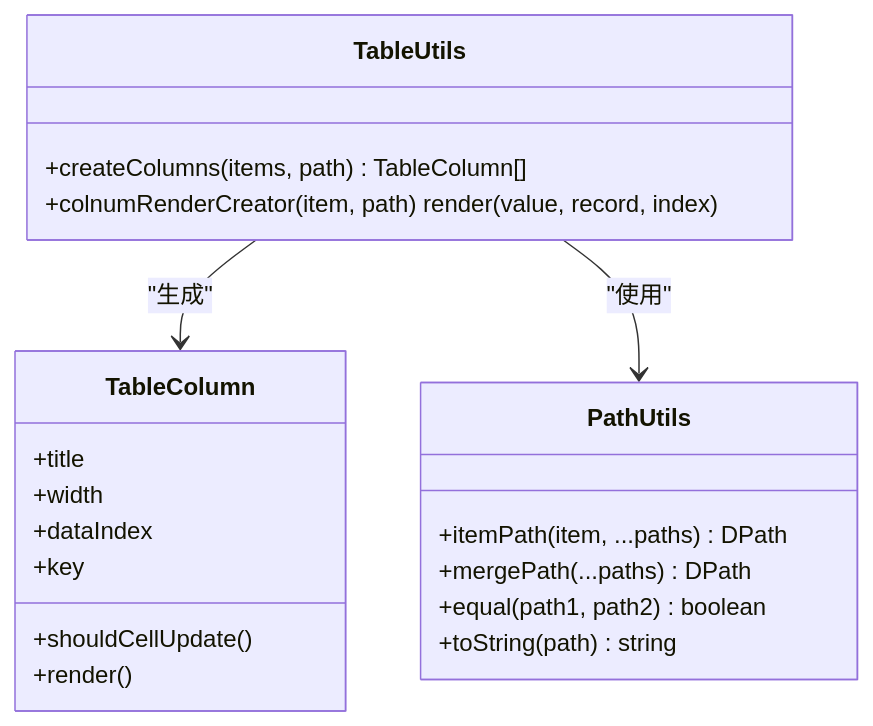
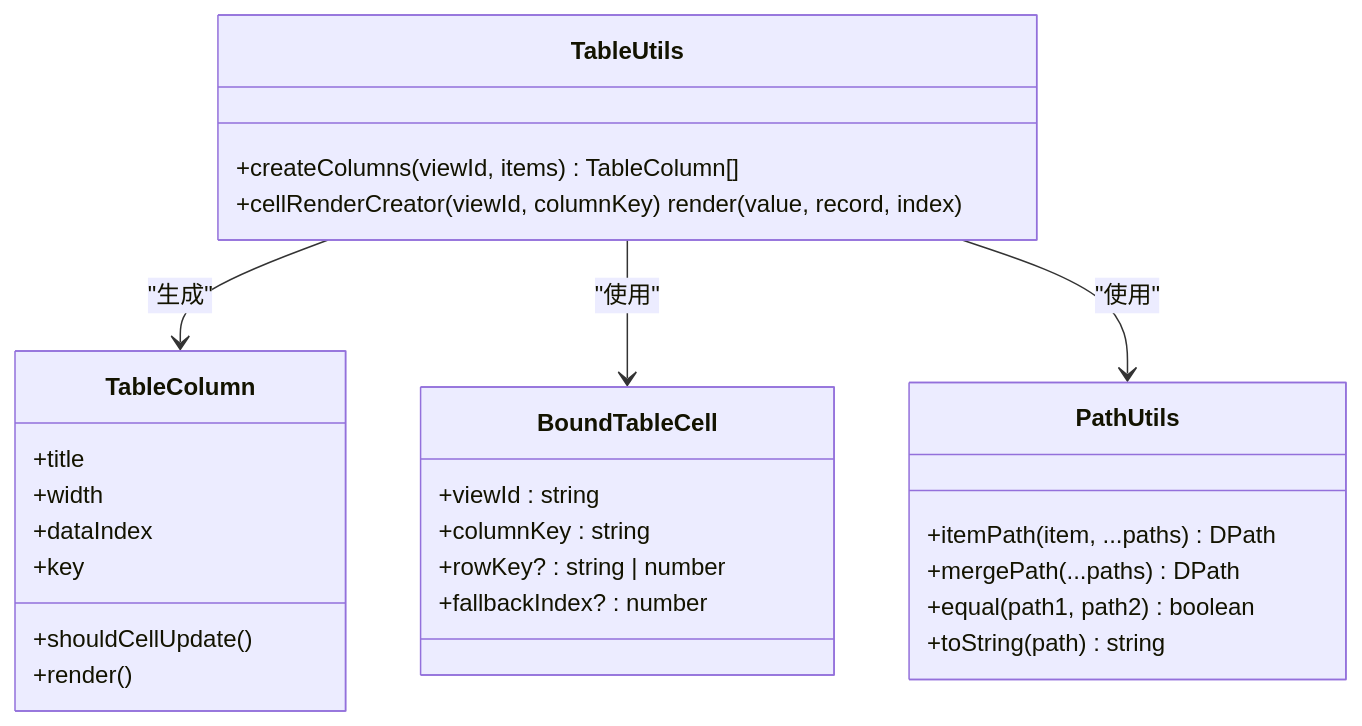
One commit to liqiongke/FrontArk changed the fourth of 8 diagrams in .qoder/repowiki/zh/content/组件库/数据组件/表格组件.md. Above: the diagram before and after it, drawn with Mermaid. The commit also changed other lines of this file and 20 other files, not shown here.

````diff
--- a/.qoder/repowiki/zh/content/组件库/数据组件/表格组件.md
+++ b/.qoder/repowiki/zh/content/组件库/数据组件/表格组件.md
@@ -194,23 +284,30 @@
 ```mermaid
 classDiagram
 class TableUtils {
-+createColumns(items, path) TableColumn[]
-+colnumRenderCreator(item, path) render(value, record, index)
++createColumns(viewId, items) TableColumn[]
++cellRenderCreator(viewId, columnKey) render(value, record, index)
+}
+class BoundTableCell {
++viewId : string
++columnKey : string
++rowKey? : string | number
++fallbackIndex? : number
 }
 class PathUtils {
 +itemPath(item, ...paths) DPath
 +mergePath(...paths) DPath
 +equal(path1, path2) boolean
 +toString(path) string
 }
 class TableColumn {
 +title
 +width
 +dataIndex
 +key
 +shouldCellUpdate()
 +render()
 }
 TableUtils --> TableColumn : "生成"
+TableUtils --> BoundTableCell : "使用"
 TableUtils --> PathUtils : "使用"
 ```
````
